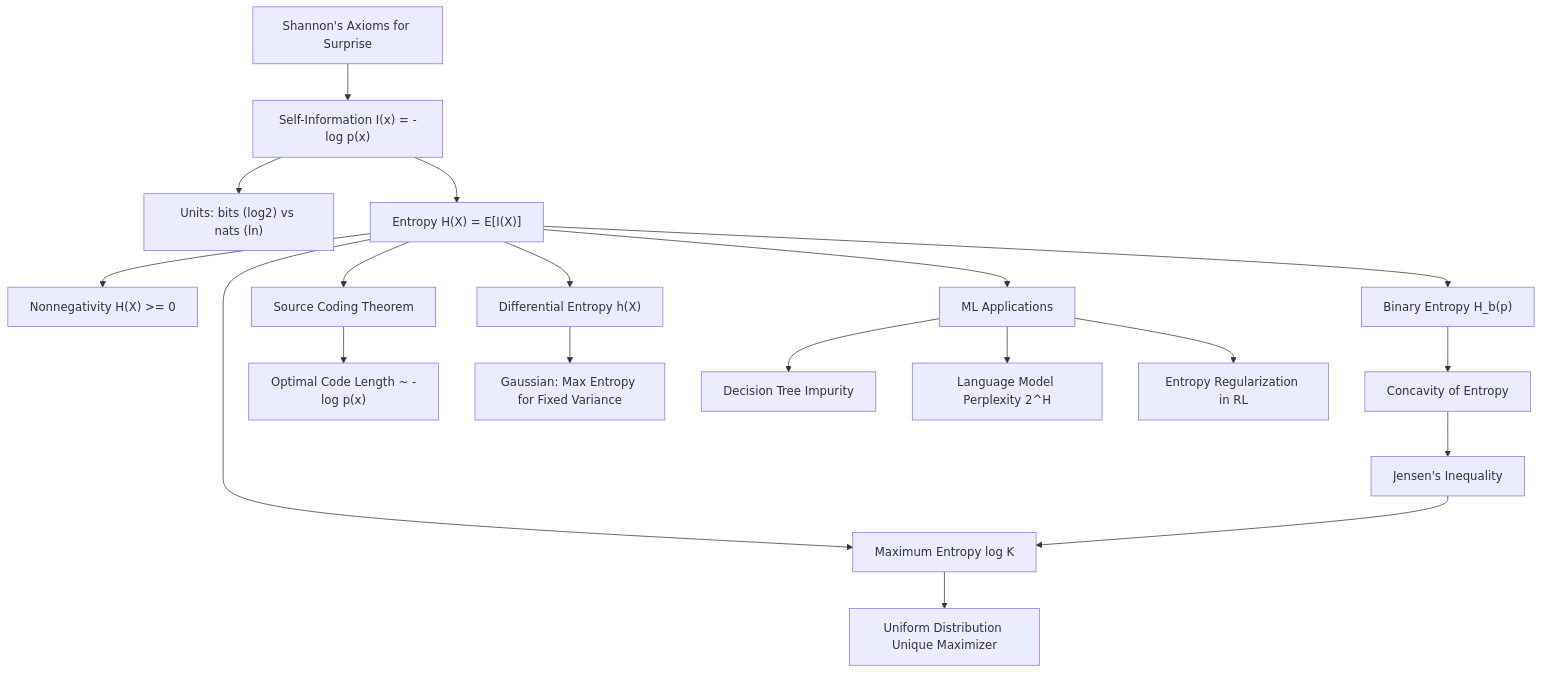
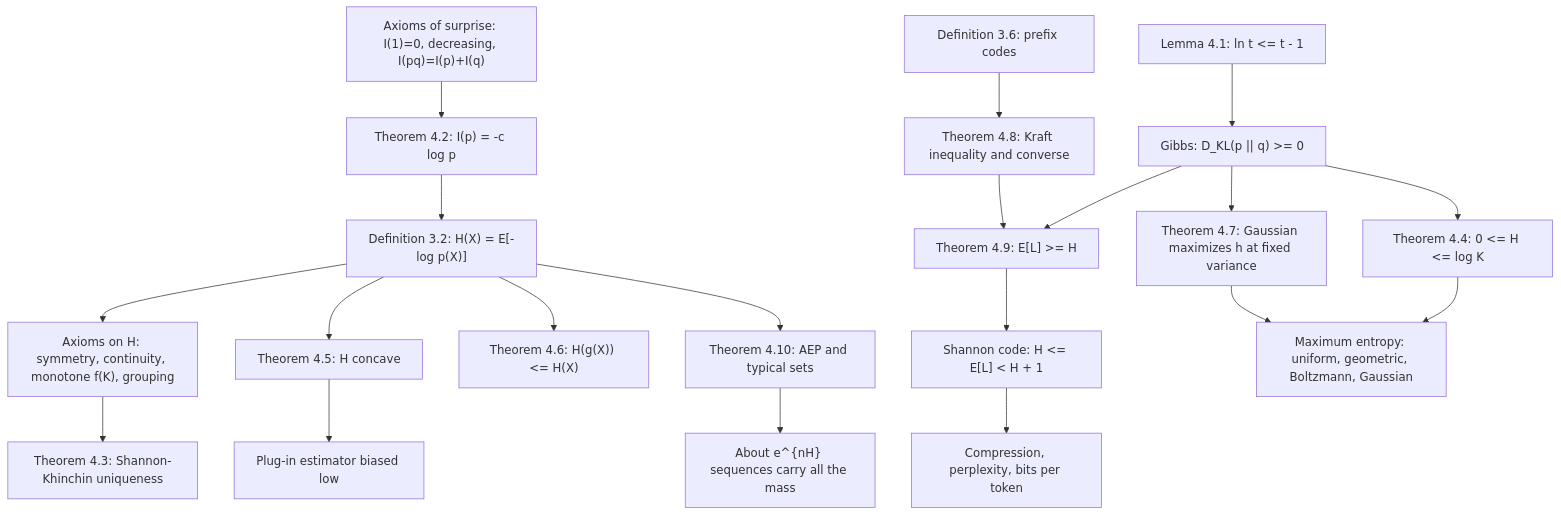
One commit to hien078/applied-mathematics-foundation changed the diagram in information_theory/01_self_information_and_entropy/README.md. Above: the diagram before and after it, drawn with Mermaid. The commit also changed other lines of this file and 150 other files, not shown here.

````diff
--- a/information_theory/01_self_information_and_entropy/README.md
+++ b/information_theory/01_self_information_and_entropy/README.md
@@ -24,21 +63,22 @@
 ```mermaid
 graph TD
-    A["Shannon's Axioms for Surprise"] --> B["Self-Information I(x) = -log p(x)"]
-    B --> C["Units: bits (log2) vs nats (ln)"]
-    B --> D["Entropy H(X) = E[I(X)]"]
-    D --> E["Nonnegativity H(X) >= 0"]
-    D --> F["Maximum Entropy log K"]
-    F --> G["Uniform Distribution Unique Maximizer"]
-    D --> H["Binary Entropy H_b(p)"]
-    H --> I["Concavity of Entropy"]
-    I --> J["Jensen's Inequality"]
-    J --> F
-    D --> K["Source Coding Theorem"]
-    K --> L["Optimal Code Length ~ -log p(x)"]
-    D --> M["Differential Entropy h(X)"]
-    M --> N["Gaussian: Max Entropy for Fixed Variance"]
-    D --> O["ML Applications"]
-    O --> P["Decision Tree Impurity"]
-    O --> Q["Language Model Perplexity 2^H"]
-    O --> R["Entropy Regularization in RL"]
+    A["Axioms of surprise: I(1)=0, decreasing, I(pq)=I(p)+I(q)"] --> B["Theorem 4.2: I(p) = -c log p"]
+    B --> C["Definition 3.2: H(X) = E[-log p(X)]"]
+    C --> D["Axioms on H: symmetry, continuity, monotone f(K), grouping"]
+    D --> E["Theorem 4.3: Shannon-Khinchin uniqueness"]
+    F["Lemma 4.1: ln t <= t - 1"] --> G["Gibbs: D_KL(p || q) >= 0"]
+    G --> H["Theorem 4.4: 0 <= H <= log K"]
+    G --> I["Theorem 4.7: Gaussian maximizes h at fixed variance"]
+    G --> J["Theorem 4.9: E[L] >= H"]
+    C --> K["Theorem 4.5: H concave"]
+    K --> L["Plug-in estimator biased low"]
+    C --> M["Theorem 4.6: H(g(X)) <= H(X)"]
+    N["Definition 3.6: prefix codes"] --> O["Theorem 4.8: Kraft inequality and converse"]
+    O --> J
+    J --> P["Shannon code: H <= E[L] < H + 1"]
+    C --> Q["Theorem 4.10: AEP and typical sets"]
+    Q --> R["About e^{nH} sequences carry all the mass"]
+    P --> S["Compression, perplexity, bits per token"]
+    H --> T["Maximum entropy: uniform, geometric, Boltzmann, Gaussian"]
+    I --> T
 ```
````
